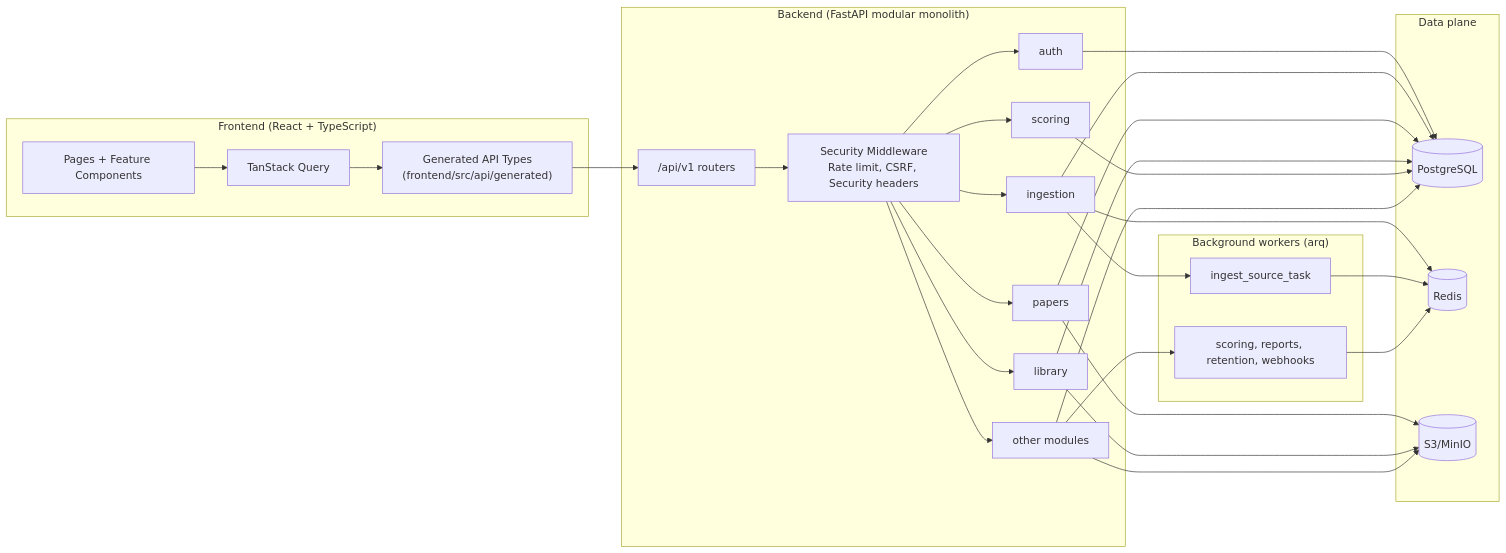
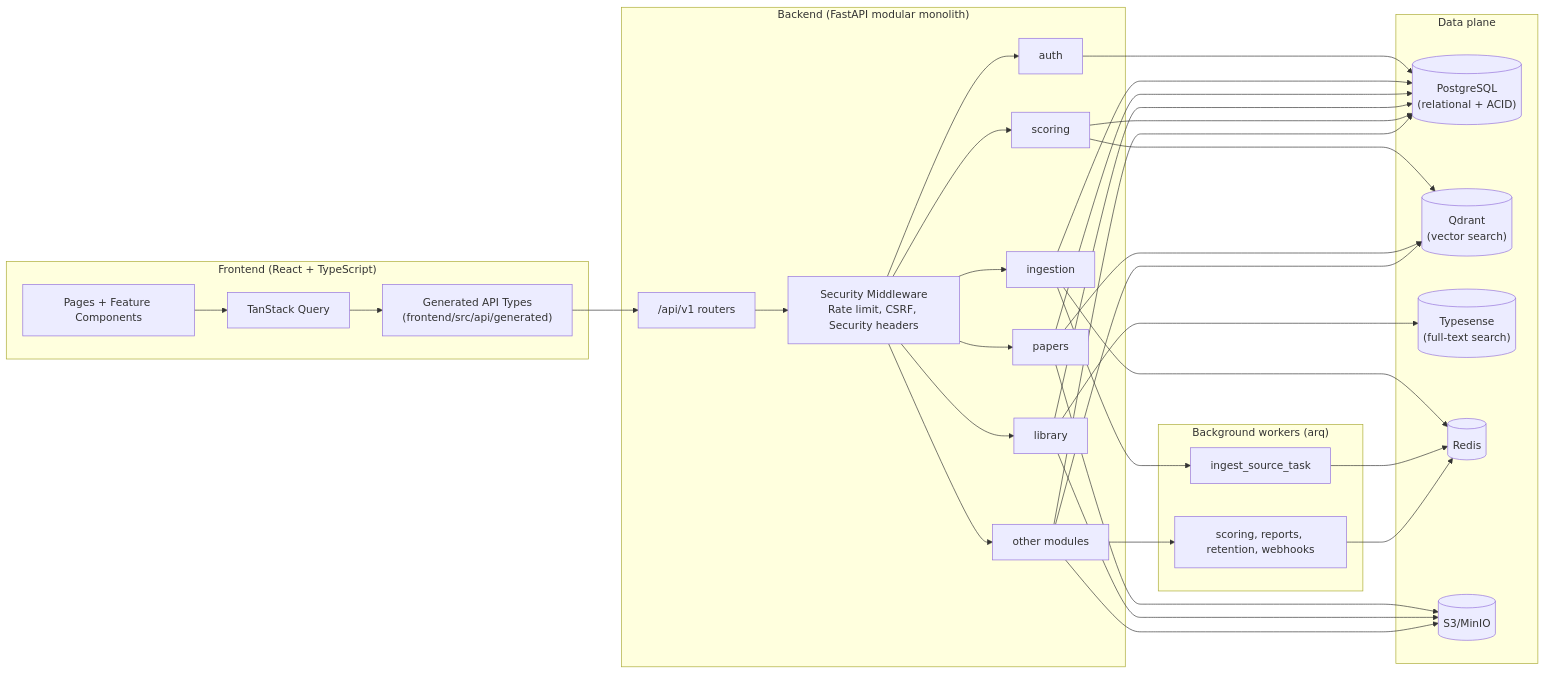
Before and after one commit to BaNburger/paperscraper: the diagram in 01_TECHNISCHE_ARCHITEKTUR.md, drawn with Mermaid. The commit also changed other lines of this file and 109 other files, not shown here.

Commit message:
Improved DB architecture and vector store

````diff
--- a/01_TECHNISCHE_ARCHITEKTUR.md
+++ b/01_TECHNISCHE_ARCHITEKTUR.md
@@ -16,58 +16,65 @@
 ```mermaid
 flowchart LR
   subgraph FE["Frontend (React + TypeScript)"]
     UI["Pages + Feature Components"]
     RQ["TanStack Query"]
     API["Generated API Types\n(frontend/src/api/generated)"]
   end
 
   subgraph BE["Backend (FastAPI modular monolith)"]
     MW["Security Middleware\nRate limit, CSRF, Security headers"]
     ROUTER["/api/v1 routers"]
     AUTH["auth"]
     ING["ingestion"]
     PAP["papers"]
     LIB["library"]
     SCORE["scoring"]
     OTH["other modules"]
   end
 
   subgraph JOBS["Background workers (arq)"]
     W1["ingest_source_task"]
     W2["scoring, reports, retention, webhooks"]
   end
 
   subgraph DATA["Data plane"]
-    PG[("PostgreSQL")]
+    PG[("PostgreSQL\n(relational + ACID)")]
+    QDRANT[("Qdrant\n(vector search)")]
+    TS[("Typesense\n(full-text search)")]
     REDIS[("Redis")]
     S3[("S3/MinIO")]
   end
 
   UI --> RQ --> API
   API --> ROUTER
   ROUTER --> MW
   MW --> AUTH
   MW --> ING
   MW --> PAP
   MW --> LIB
   MW --> SCORE
   MW --> OTH
 
   ING --> W1
   OTH --> W2
 
   AUTH --> PG
   ING --> PG
   PAP --> PG
   LIB --> PG
   SCORE --> PG
   OTH --> PG
 
+  SCORE --> QDRANT
+  PAP --> QDRANT
+  LIB --> TS
+  OTH --> QDRANT
+
   ING --> REDIS
   W1 --> REDIS
   W2 --> REDIS
 
   PAP --> S3
   LIB --> S3
   OTH --> S3
 ```
````
